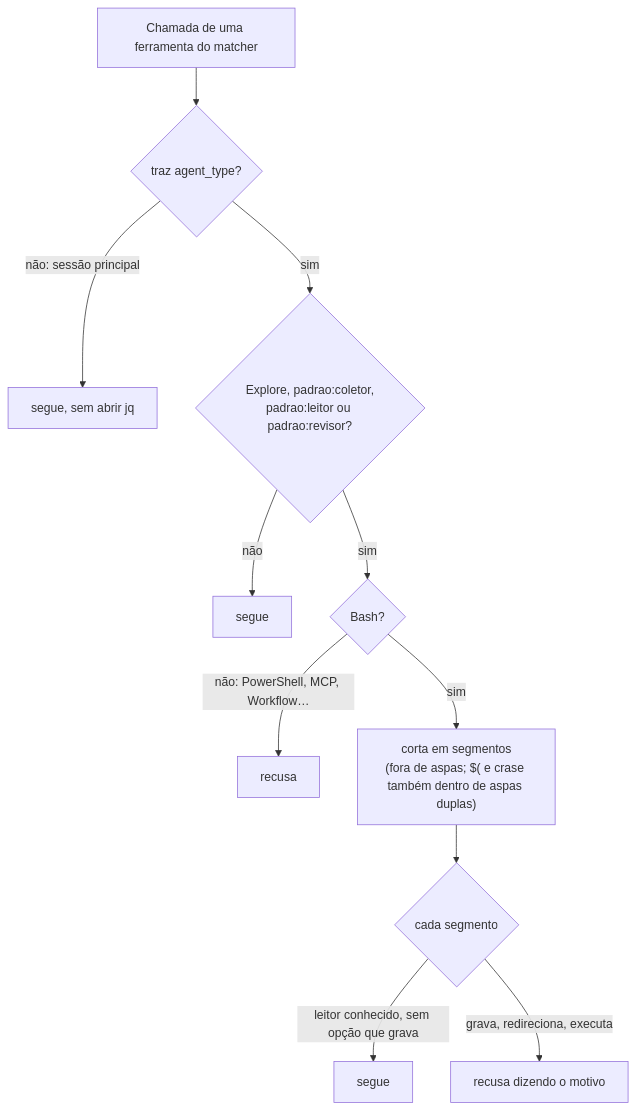
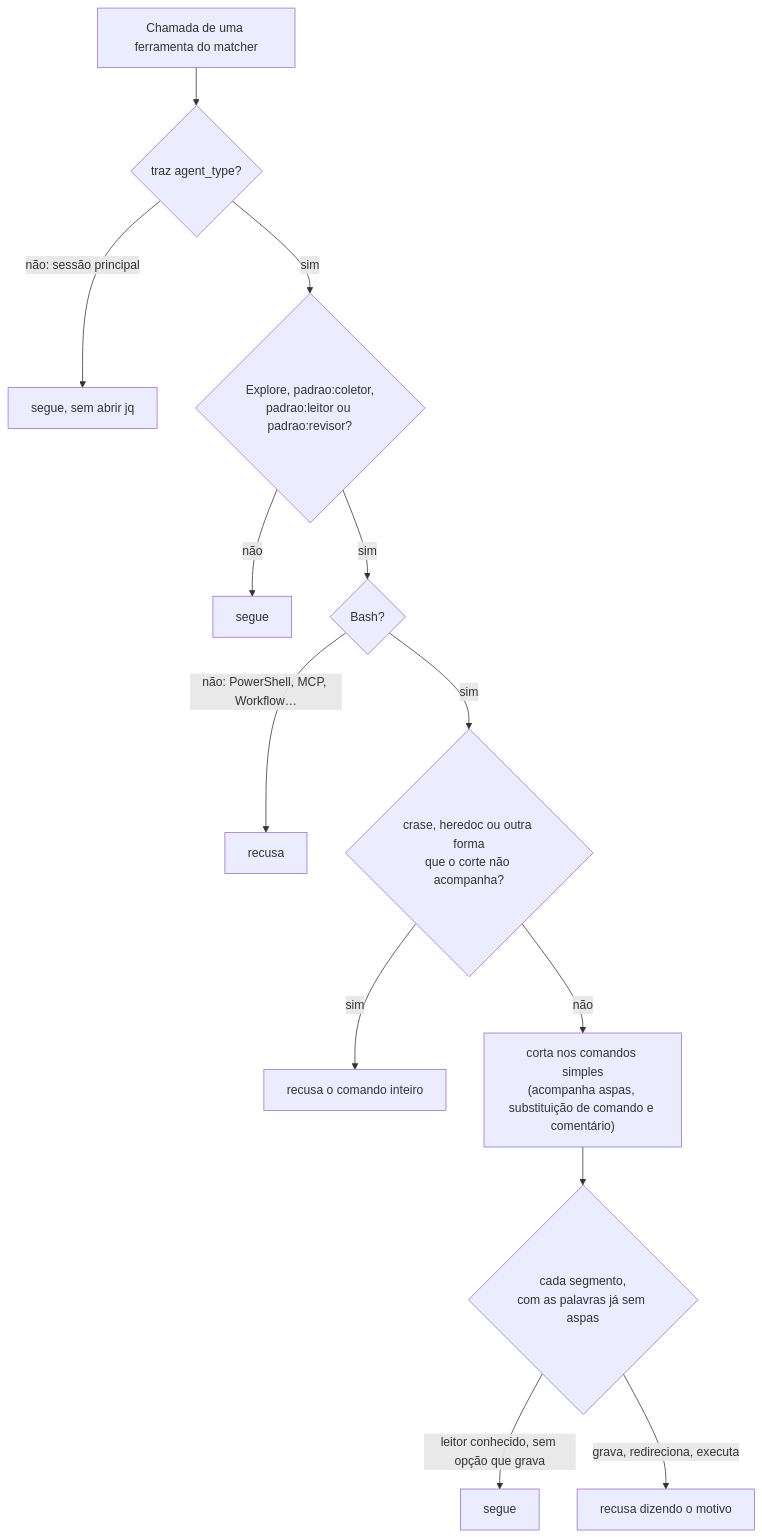
Before and after one commit to Kortek-Tecnologia/claude-padrao: the third of 5 diagrams in docs/como-funciona.md, drawn with Mermaid. The commit also changed other lines of this file and 13 other files, not shown here.

````diff
--- a/docs/como-funciona.md
+++ b/docs/como-funciona.md
@@ -171,13 +171,15 @@
 ```mermaid
 flowchart TD
   A["Chamada de uma ferramenta do matcher"] --> F{"traz agent_type?"}
   F -->|"não: sessão principal"| S0["segue, sem abrir jq"]
   F -->|"sim"| Q{"Explore, padrao:coletor,<br/>padrao:leitor ou padrao:revisor?"}
   Q -->|"não"| S1["segue"]
   Q -->|"sim"| B{"Bash?"}
   B -->|"não: PowerShell, MCP, Workflow…"| N1["recusa"]
-  B -->|"sim"| SG["corta em segmentos<br/>(fora de aspas; $( e crase também dentro de aspas duplas)"]
-  SG --> K{"cada segmento"}
+  B -->|"sim"| R{"crase, heredoc ou outra forma<br/>que o corte não acompanha?"}
+  R -->|"sim"| N3["recusa o comando inteiro"]
+  R -->|"não"| SG["corta nos comandos simples<br/>(acompanha aspas, substituição de comando e comentário)"]
+  SG --> K{"cada segmento,<br/>com as palavras já sem aspas"}
   K -->|"leitor conhecido, sem opção que grava"| S2["segue"]
   K -->|"grava, redireciona, executa"| N2["recusa dizendo o motivo"]
 ```
````
